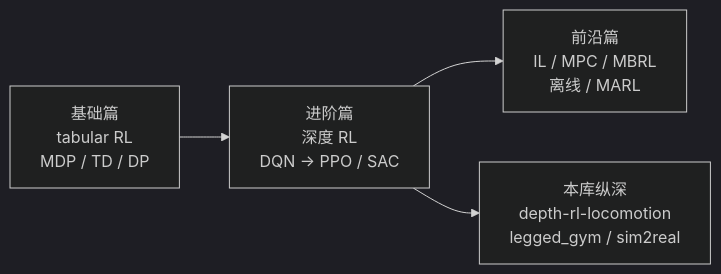
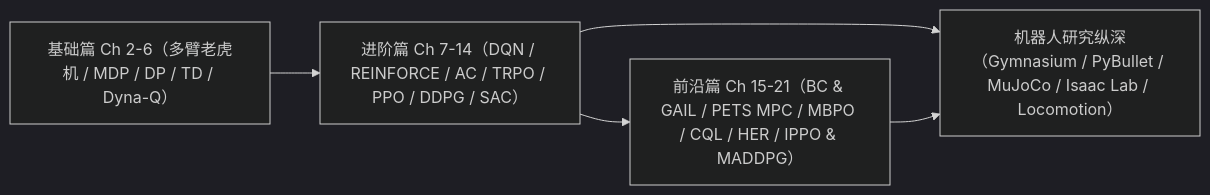
One commit to ImChong/Robotics_Notebooks changed the first of 2 diagrams in wiki/entities/hands-on-rl-book.md. Above: the diagram before and after it, drawn with Mermaid (dark theme). The commit also changed other lines of this file and 51 other files, not shown here.

````diff
--- a/wiki/entities/hands-on-rl-book.md
+++ b/wiki/entities/hands-on-rl-book.md
@@ -86,10 +70,11 @@
 ```mermaid
 flowchart LR
-  P0["基础篇<br/>tabular RL<br/>MDP / TD / DP"]
-  P1["进阶篇<br/>深度 RL<br/>DQN → PPO / SAC"]
-  P2["前沿篇<br/>IL / MPC / MBRL<br/>离线 / MARL"]
-  Robo["本库纵深<br/>depth-rl-locomotion<br/>legged_gym / sim2real"]
+  P0["基础篇 Ch 2-6（多臂老虎机 / MDP / DP / TD / Dyna-Q）"]
+  P1["进阶篇 Ch 7-14（DQN / REINFORCE / AC / TRPO / PPO / DDPG / SAC）"]
+  P2["前沿篇 Ch 15-21（BC & GAIL / PETS MPC / MBPO / CQL / HER / IPPO & MADDPG）"]
+  Robo["机器人研究纵深（Gymnasium / PyBullet / MuJoCo / Isaac Lab / Locomotion）"]
 
   P0 --> P1 --> P2
   P1 --> Robo
+  P2 --> Robo
 ```
````
